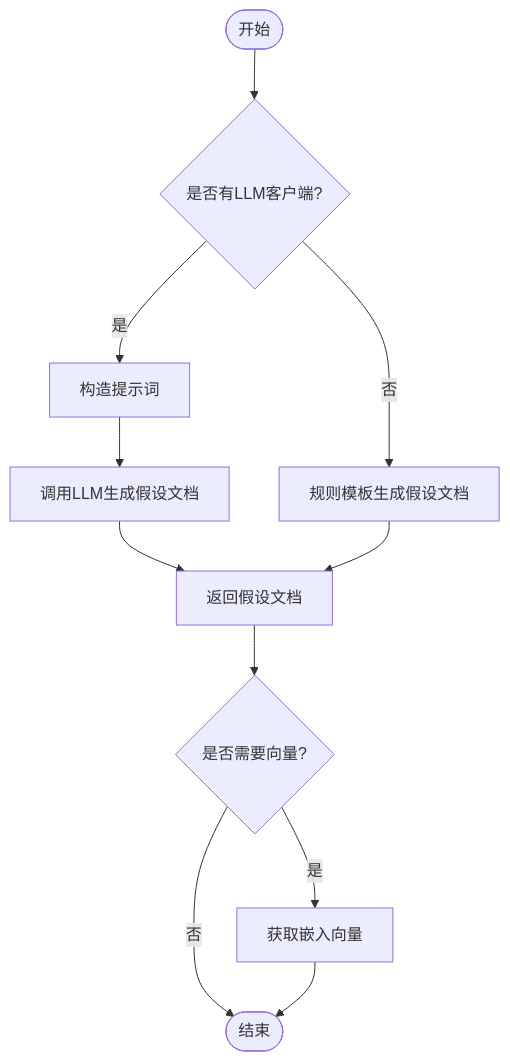
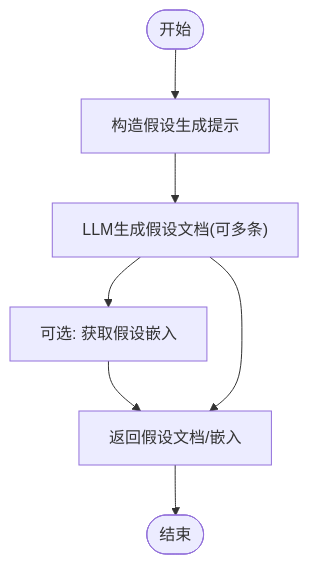
One commit to JieGaoPrinceton/NecoRAG changed the fourth of 10 diagrams in .qoder/repowiki/zh/content/检索引擎模块/检索引擎模块.md. Above: the diagram before and after it, drawn with Mermaid. The commit also changed other lines of this file and 181 other files, not shown here.

````diff
--- a/.qoder/repowiki/zh/content/检索引擎模块/检索引擎模块.md
+++ b/.qoder/repowiki/zh/content/检索引擎模块/检索引擎模块.md
@@ -216,13 +198,9 @@
 ```mermaid
 flowchart TD
-Start(["开始"]) --> CheckLLM{"是否有LLM客户端?"}
-CheckLLM --> |是| GenPrompt["构造提示词"]
-GenPrompt --> CallLLM["调用LLM生成假设文档"]
-CheckLLM --> |否| RuleGen["规则模板生成假设文档"]
-CallLLM --> ReturnHyp["返回假设文档"]
-RuleGen --> ReturnHyp
-ReturnHyp --> Embed{"是否需要向量?"}
-Embed --> |是| GetEmb["获取嵌入向量"]
-Embed --> |否| End(["结束"])
-GetEmb --> End
+Start(["开始"]) --> Prompt["构造假设生成提示"]
+Prompt --> Generate["LLM生成假设文档(可多条)"]
+Generate --> Embed["可选: 获取假设嵌入"]
+Embed --> Return["返回假设文档/嵌入"]
+Generate --> Return
+Return --> End(["结束"])
 ```
````
